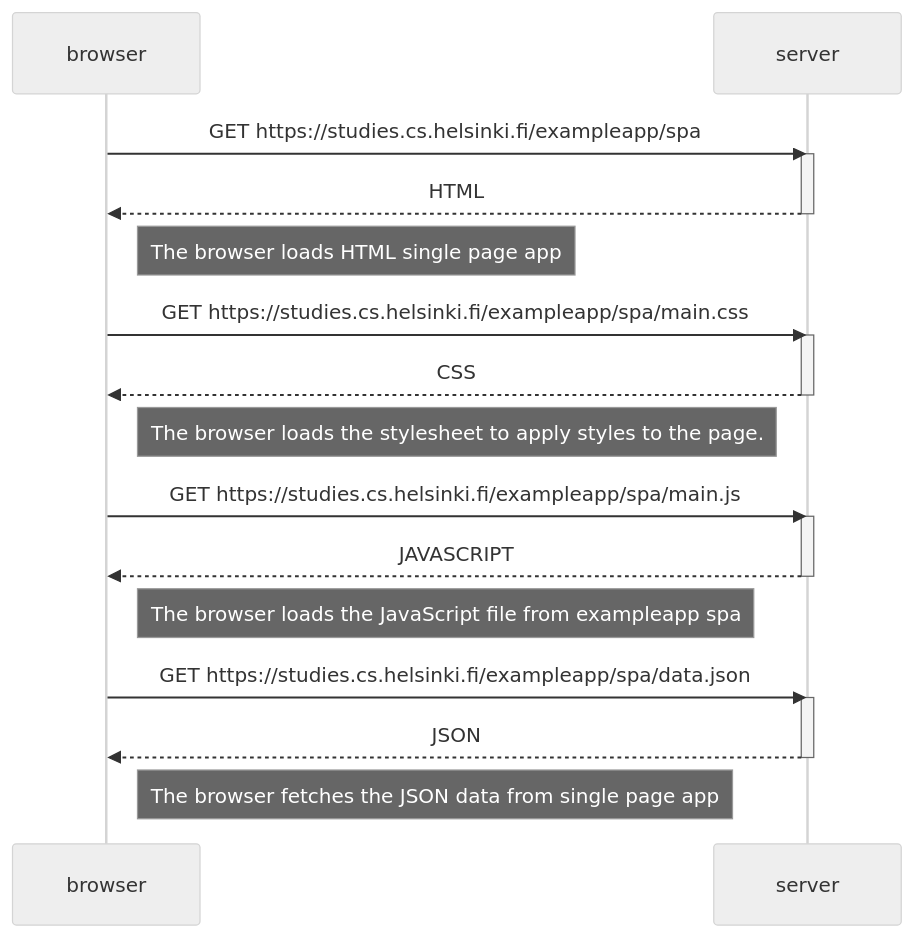
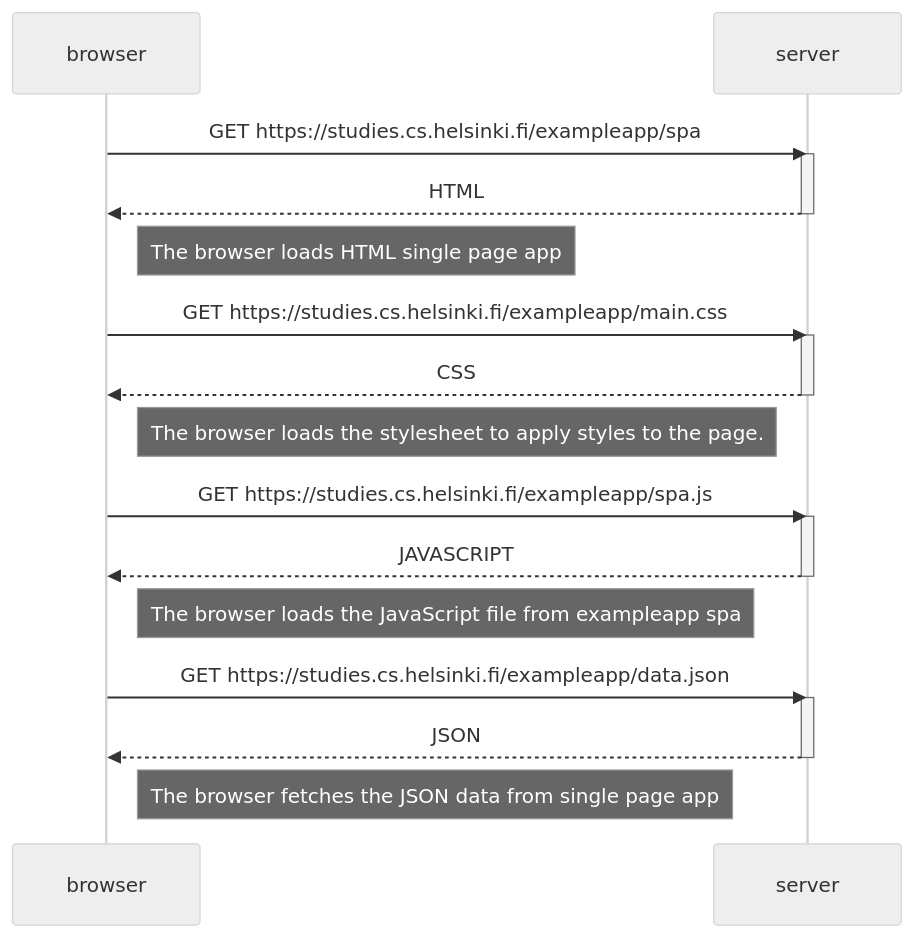
The diagram in part0/0.5-single-page-app.md (jenniferbatacan/Full-Stack-Open), drawn with Mermaid (neutral theme) before and after one commit.

````diff
--- a/part0/0.5-single-page-app.md
+++ b/part0/0.5-single-page-app.md
@@ -1,30 +1,30 @@
 ```mermaid
 sequenceDiagram
     browser->>server: GET https://studies.cs.helsinki.fi/exampleapp/spa
     activate server
     server-->>browser: HTML
     deactivate server
 
     Note right of browser: The browser loads HTML single page app
 
-    browser->>server: GET https://studies.cs.helsinki.fi/exampleapp/spa/main.css
+    browser->>server: GET https://studies.cs.helsinki.fi/exampleapp/main.css
     activate server
     server-->>browser: CSS
     deactivate server
 
     Note right of browser: The browser loads the stylesheet to apply styles to the page.
 
-    browser->>server: GET https://studies.cs.helsinki.fi/exampleapp/spa/main.js
+    browser->>server: GET https://studies.cs.helsinki.fi/exampleapp/spa.js
     activate server
     server-->>browser: JAVASCRIPT
     deactivate server
 
     Note right of browser: The browser loads the JavaScript file from exampleapp spa
 
-    browser->>server: GET https://studies.cs.helsinki.fi/exampleapp/spa/data.json
+    browser->>server: GET https://studies.cs.helsinki.fi/exampleapp/data.json
     activate server
     server-->>browser: JSON
     deactivate server
 
     Note right of browser: The browser fetches the JSON data from single page app
 ```
````
